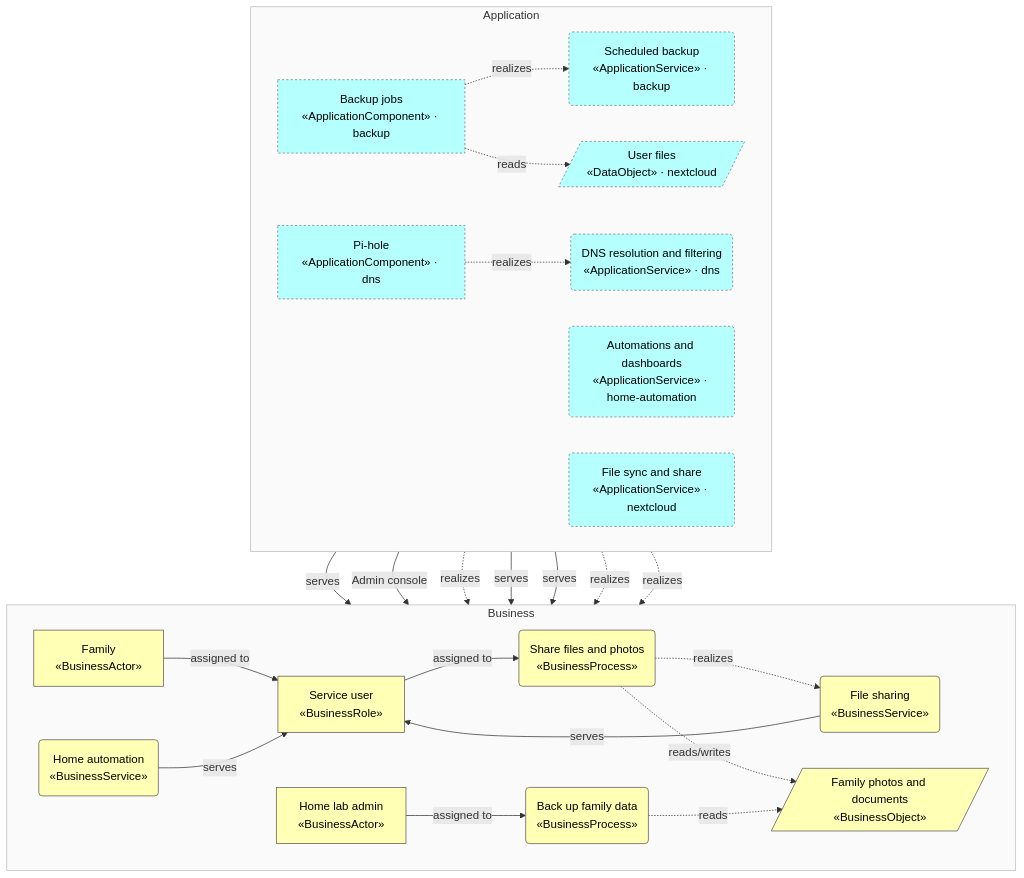
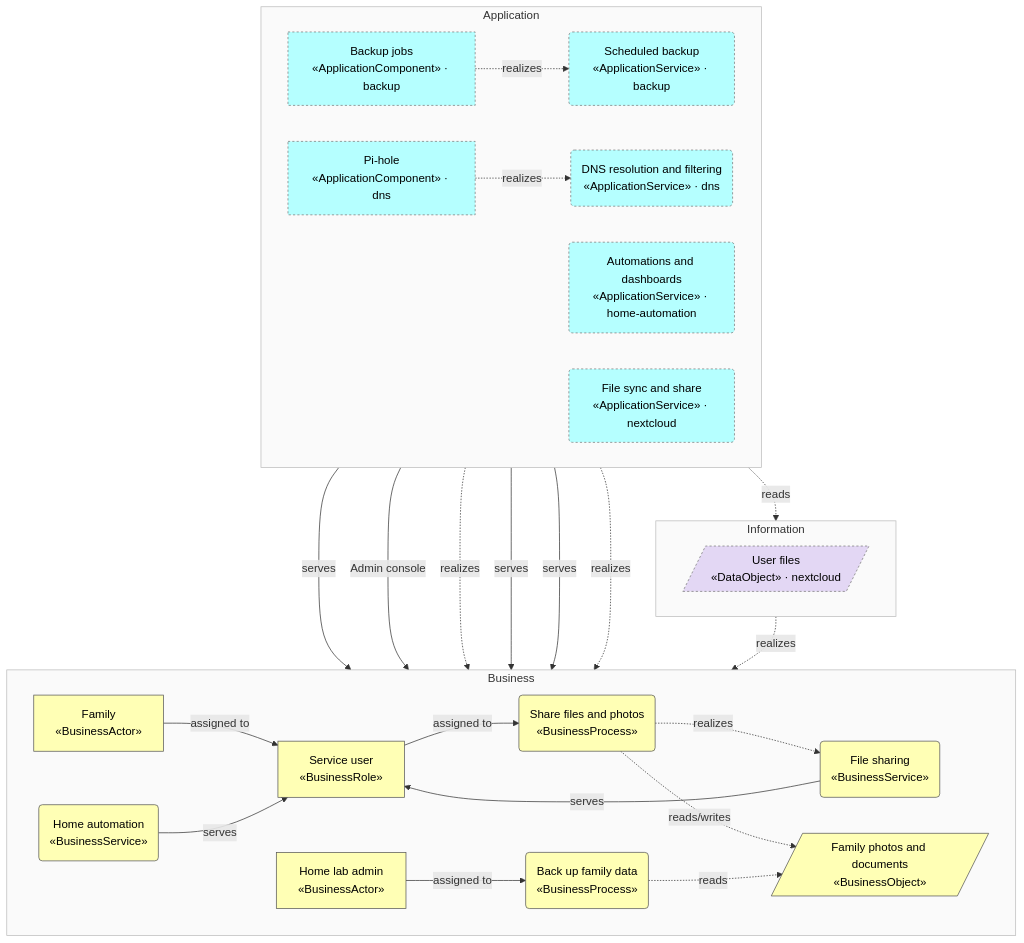
Before and after one commit to b-zig/a4m: the second of 3 diagrams in docs/enterprise/view-business.md, drawn with Mermaid. The commit also changed other lines of this file and 83 other files, not shown here.

````diff
--- a/docs/enterprise/view-business.md
+++ b/docs/enterprise/view-business.md
@@ -68,50 +74,56 @@
 ```mermaid
 flowchart TB
   subgraph layer_business["Business"]
     direction LR
     bus_family["Family<br/>«BusinessActor»"]
     bus_admin["Home lab admin<br/>«BusinessActor»"]
     bus_role_user["Service user<br/>«BusinessRole»"]
     bus_proc_share("Share files and photos<br/>«BusinessProcess»")
     bus_proc_backup("Back up family data<br/>«BusinessProcess»")
     bus_svc_file_sharing("File sharing<br/>«BusinessService»")
     bus_svc_automation("Home automation<br/>«BusinessService»")
     bus_obj_photos[/"Family photos and documents<br/>«BusinessObject»"/]
   end
+  subgraph layer_information["Information"]
+    direction LR
+    nextcloud__data_files[/"User files<br/>«DataObject» · nextcloud"/]
+  end
   subgraph layer_application["Application"]
     direction LR
     backup__app_backup["Backup jobs<br/>«ApplicationComponent» · backup"]
     backup__app_svc_backup("Scheduled backup<br/>«ApplicationService» · backup")
     dns__app_pihole["Pi-hole<br/>«ApplicationComponent» · dns"]
     dns__app_svc_dns("DNS resolution and filtering<br/>«ApplicationService» · dns")
     home_automation__app_svc_automation("Automations and dashboards<br/>«ApplicationService» · home-automation")
-    nextcloud__app_data_files[/"User files<br/>«DataObject» · nextcloud"/]
     nextcloud__app_svc_file_sync("File sync and share<br/>«ApplicationService» · nextcloud")
   end
   bus_family -->|"assigned to"| bus_role_user
   bus_role_user -->|"assigned to"| bus_proc_share
   bus_admin -->|"assigned to"| bus_proc_backup
   bus_proc_share -.->|"realizes"| bus_svc_file_sharing
   bus_svc_file_sharing -->|"serves"| bus_role_user
   bus_svc_automation -->|"serves"| bus_role_user
   bus_proc_share -.->|"reads/writes"| bus_obj_photos
   bus_proc_backup -.->|"reads"| bus_obj_photos
   backup__app_backup -.->|"realizes"| backup__app_svc_backup
   backup__app_svc_backup -->|"serves"| bus_proc_backup
-  backup__app_backup -.->|"reads"| nextcloud__app_data_files
+  backup__app_backup -.->|"reads"| nextcloud__data_files
   dns__app_pihole -.->|"realizes"| dns__app_svc_dns
   dns__app_svc_dns -->|"Admin console"| bus_admin
   home_automation__app_svc_automation -.->|"realizes"| bus_svc_automation
   home_automation__app_svc_automation -->|"serves"| bus_role_user
   nextcloud__app_svc_file_sync -->|"serves"| bus_proc_share
   nextcloud__app_svc_file_sync -.->|"realizes"| bus_svc_file_sharing
-  nextcloud__app_data_files -.->|"realizes"| bus_obj_photos
+  nextcloud__data_files -.->|"realizes"| bus_obj_photos
   classDef business fill:#FFFFB5,stroke:#555,color:#000
   class bus_family,bus_admin,bus_role_user,bus_proc_share,bus_proc_backup,bus_svc_file_sharing,bus_svc_automation,bus_obj_photos business
   style layer_business fill:#fafafa,stroke:#bbb
+  classDef information fill:#E3D7F4,stroke:#555,color:#000
+  class nextcloud__data_files information
+  style layer_information fill:#fafafa,stroke:#bbb
   classDef application fill:#B5FFFF,stroke:#555,color:#000
-  class backup__app_backup,backup__app_svc_backup,dns__app_pihole,dns__app_svc_dns,home_automation__app_svc_automation,nextcloud__app_data_files,nextcloud__app_svc_file_sync application
+  class backup__app_backup,backup__app_svc_backup,dns__app_pihole,dns__app_svc_dns,home_automation__app_svc_automation,nextcloud__app_svc_file_sync application
   style layer_application fill:#fafafa,stroke:#bbb
   classDef foreign stroke:#777,stroke-dasharray:3 3
-  class backup__app_backup,backup__app_svc_backup,dns__app_pihole,dns__app_svc_dns,home_automation__app_svc_automation,nextcloud__app_data_files,nextcloud__app_svc_file_sync foreign
+  class backup__app_backup,backup__app_svc_backup,dns__app_pihole,dns__app_svc_dns,home_automation__app_svc_automation,nextcloud__app_svc_file_sync,nextcloud__data_files foreign
 ```
````
